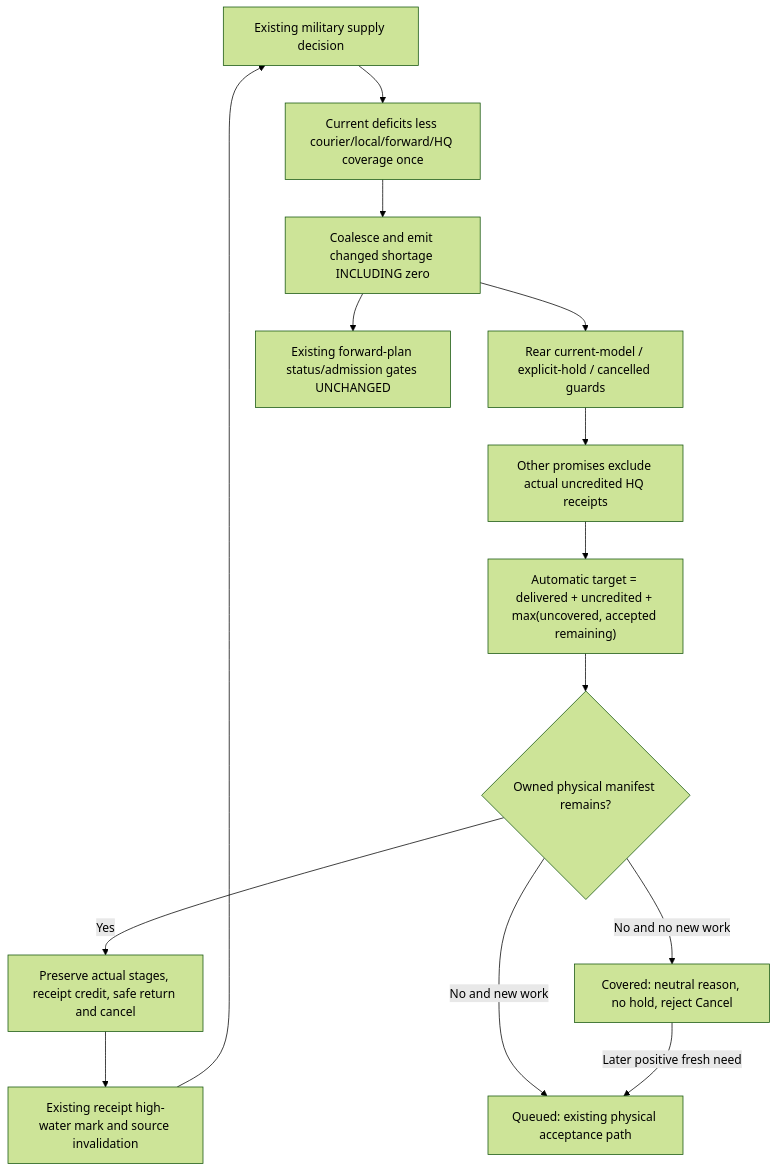
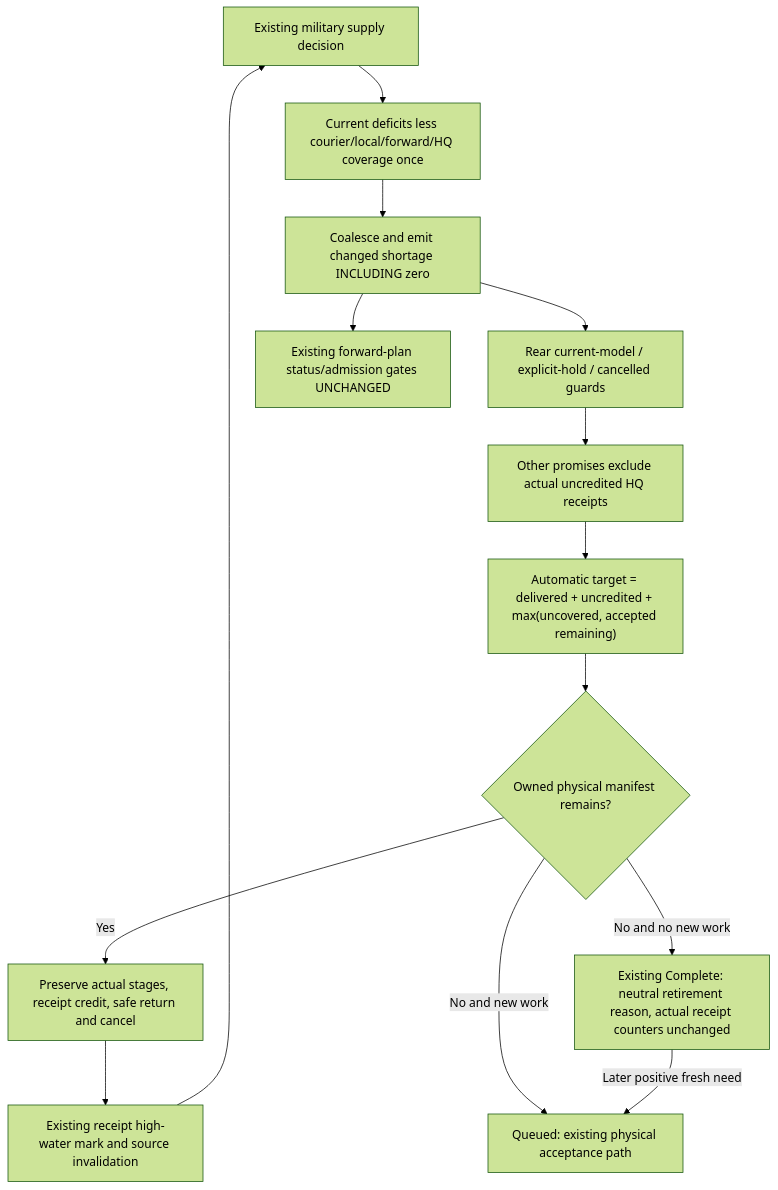
The diagram in docs/diagrams/current_army_demand_reconciliation.mmd (TheInfinityIQ/Trencho_V4), drawn with Mermaid (forest theme) before and after one commit. The commit also changed 1 other file, not shown here.

Commit message:
Retain existing request completion guards in prospective contract

```diff
--- a/docs/diagrams/current_army_demand_reconciliation.mmd
+++ b/docs/diagrams/current_army_demand_reconciliation.mmd
@@ -1,14 +1,14 @@
 flowchart TD
     Tick["Existing military supply decision"] --> Coverage["Current deficits less courier/local/forward/HQ coverage once"]
     Coverage --> Publish["Coalesce and emit changed shortage INCLUDING zero"]
     Publish --> Guard["Rear current-model / explicit-hold / cancelled guards"]
     Guard --> Math["Other promises exclude actual uncredited HQ receipts"]
     Math --> Target["Automatic target = delivered + uncredited + max(uncovered, accepted remaining)"]
     Target --> Active{"Owned physical manifest remains?"}
     Active -->|Yes| Physical["Preserve actual stages, receipt credit, safe return and cancel"]
-    Active -->|No and no new work| Covered["Covered: neutral reason, no hold, reject Cancel"]
+    Active -->|No and no new work| Retired["Existing Complete: neutral retirement reason, actual receipt counters unchanged"]
     Active -->|No and new work| Queue["Queued: existing physical acceptance path"]
-    Covered -->|Later positive fresh need| Queue
+    Retired -->|Later positive fresh need| Queue
     Publish --> Forward["Existing forward-plan status/admission gates UNCHANGED"]
     Physical --> Receipt["Existing receipt high-water mark and source invalidation"]
     Receipt --> Tick
```
